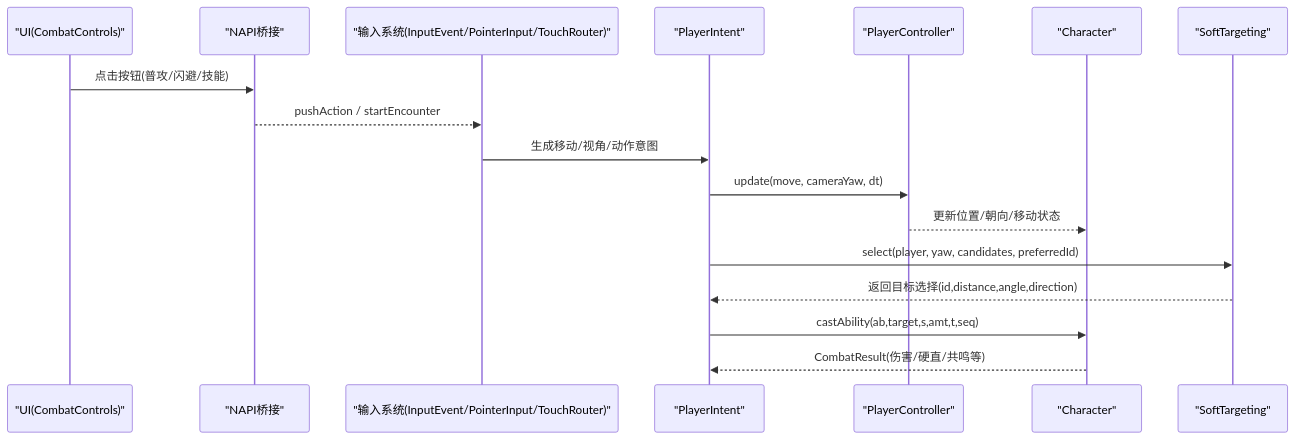
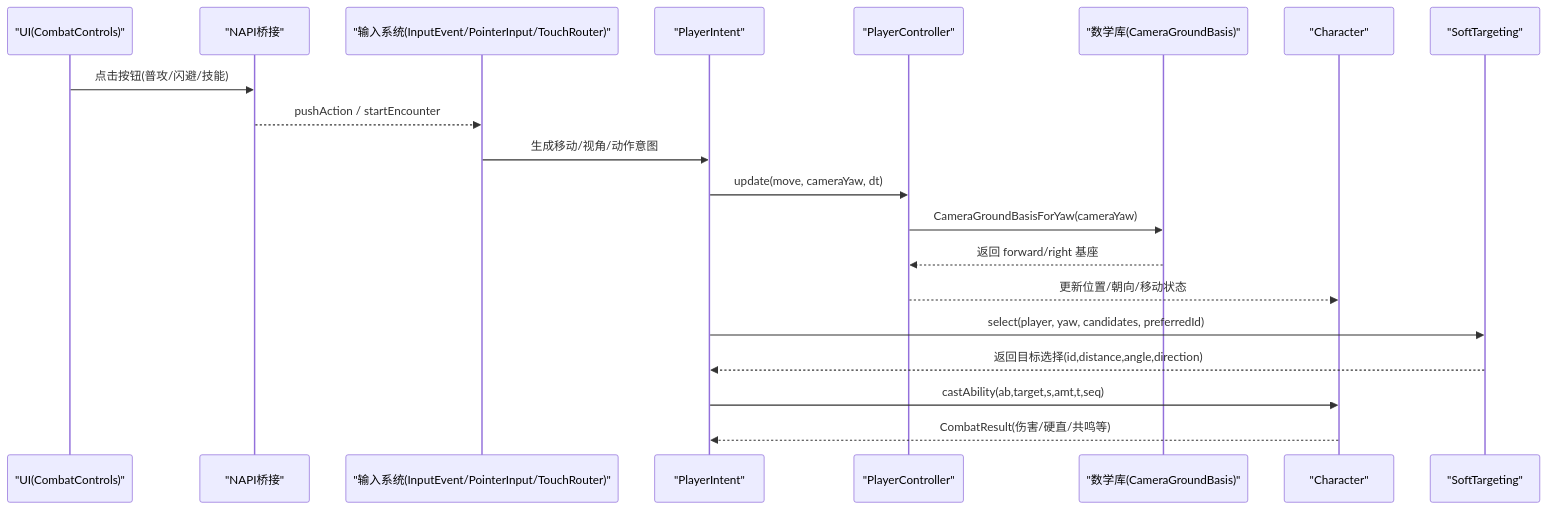
One commit to sj123sheng/my-world changed the second of 8 diagrams in .qoder/repowiki/zh/content/游戏逻辑系统/玩家控制系统.md. Above: the diagram before and after it, drawn with Mermaid. The commit also changed other lines of this file and 28 other files, not shown here.

````diff
--- a/.qoder/repowiki/zh/content/游戏逻辑系统/玩家控制系统.md
+++ b/.qoder/repowiki/zh/content/游戏逻辑系统/玩家控制系统.md
@@ -134,19 +125,22 @@
 ```mermaid
 sequenceDiagram
 participant UI as "UI(CombatControls)"
 participant Bridge as "NAPI桥接"
 participant Input as "输入系统(InputEvent/PointerInput/TouchRouter)"
 participant Intent as "PlayerIntent"
 participant Ctrl as "PlayerController"
+participant Math as "数学库(CameraGroundBasis)"
 participant Char as "Character"
 participant Target as "SoftTargeting"
 UI->>Bridge : 点击按钮(普攻/闪避/技能)
 Bridge-->>Input : pushAction / startEncounter
 Input->>Intent : 生成移动/视角/动作意图
 Intent->>Ctrl : update(move, cameraYaw, dt)
+Ctrl->>Math : CameraGroundBasisForYaw(cameraYaw)
+Math-->>Ctrl : 返回 forward/right 基座
 Ctrl-->>Char : 更新位置/朝向/移动状态
 Intent->>Target : select(player, yaw, candidates, preferredId)
 Target-->>Intent : 返回目标选择(id,distance,angle,direction)
 Intent->>Char : castAbility(ab,target,s,amt,t,seq)
 Char-->>Intent : CombatResult(伤害/硬直/共鸣等)
 ```
````
